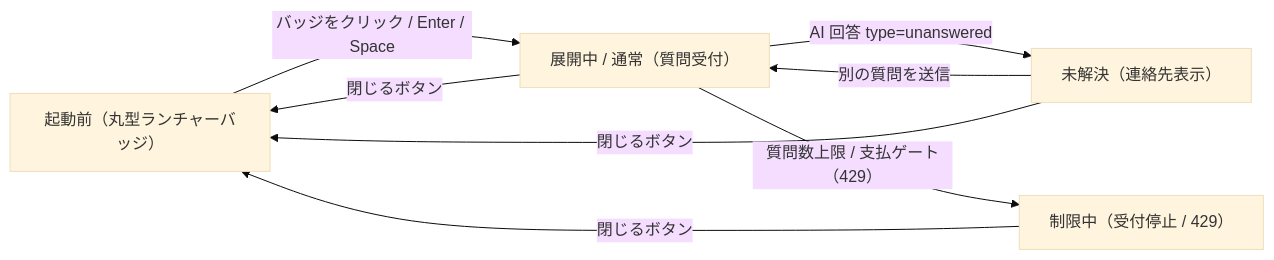
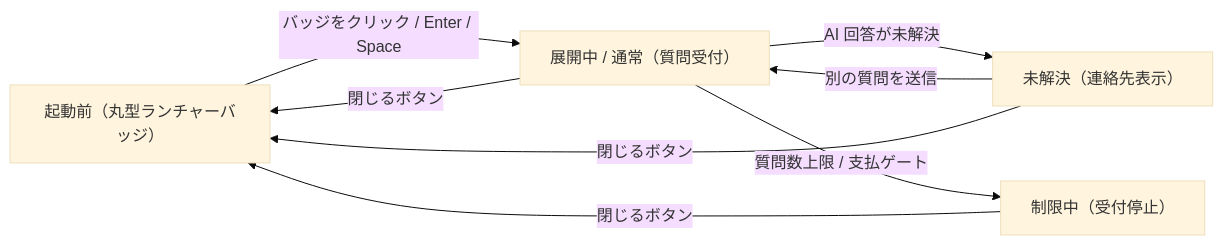
Before and after one commit to sikakou54/open-faq: the diagram in 02_basic_design/01_frontend/01_screens/SCR-030.md, drawn with Mermaid (base theme). The commit also changed other lines of this file and 191 other files, not shown here.

````diff
--- a/02_basic_design/01_frontend/01_screens/SCR-030.md
+++ b/02_basic_design/01_frontend/01_screens/SCR-030.md
@@ -20,14 +20,14 @@
 ```mermaid
 flowchart LR
   W0["起動前（丸型ランチャーバッジ）"]
   W1["展開中 / 通常（質問受付）"]
   W2["未解決（連絡先表示）"]
-  W3["制限中（受付停止 / 429）"]
+  W3["制限中（受付停止）"]
   W0 -->|バッジをクリック / Enter / Space| W1
   W1 -->|閉じるボタン| W0
-  W1 -->|AI 回答 type=unanswered| W2
+  W1 -->|AI 回答が未解決| W2
   W2 -->|別の質問を送信| W1
   W2 -->|閉じるボタン| W0
-  W1 -->|質問数上限 / 支払ゲート（429）| W3
+  W1 -->|質問数上限 / 支払ゲート| W3
   W3 -->|閉じるボタン| W0
 ```
````
